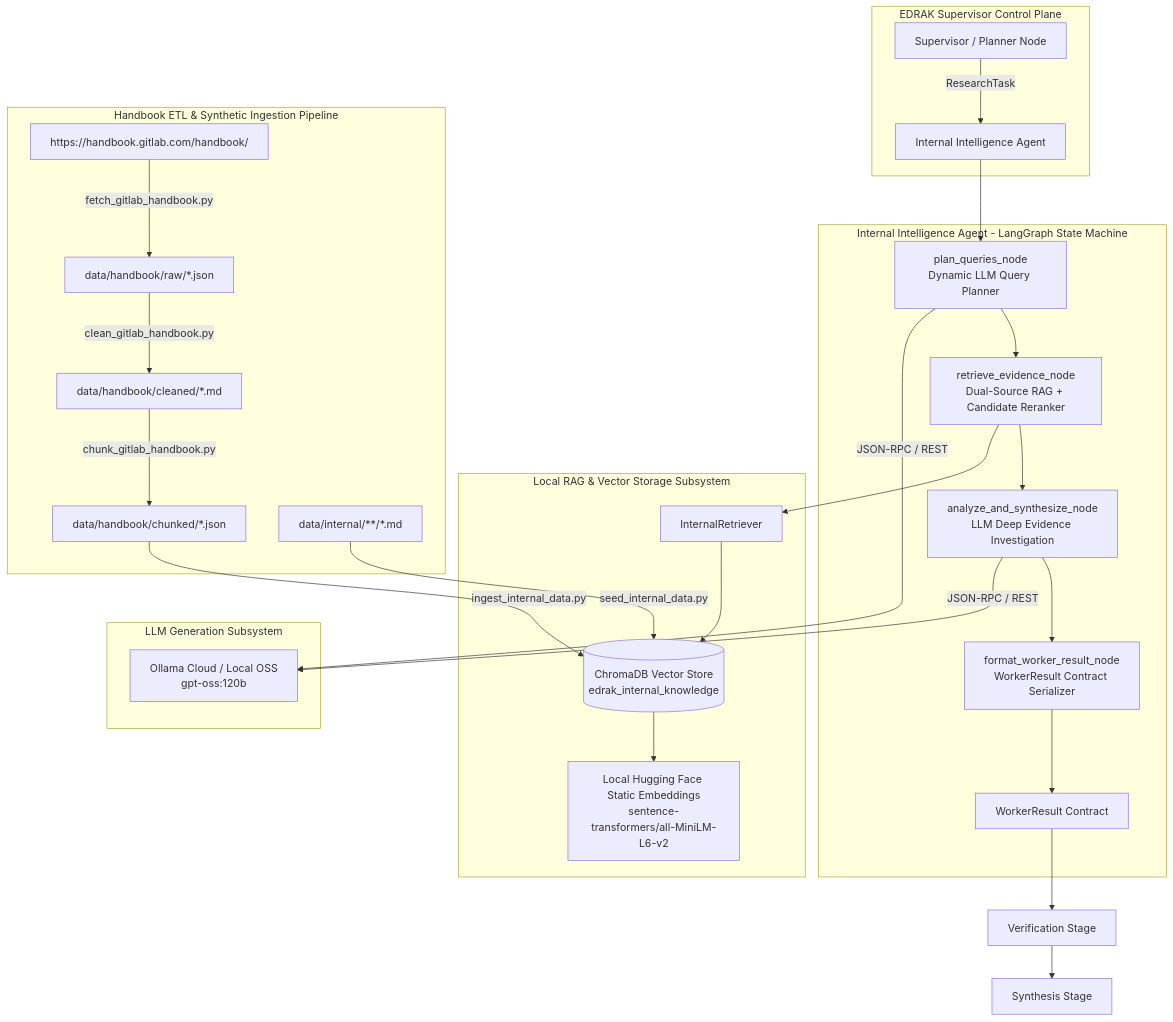
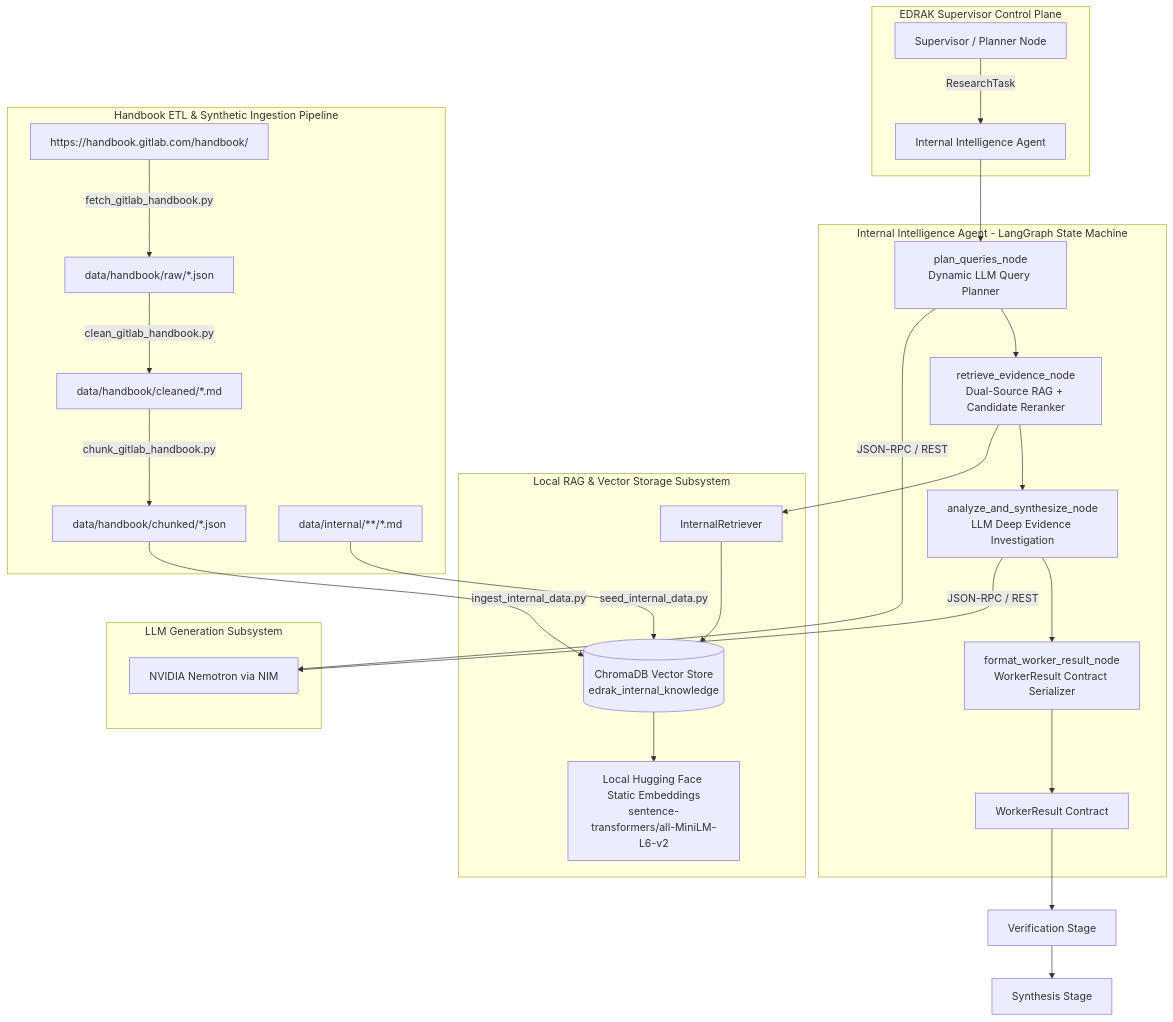
The diagram in documents/INTERNAL_FEATURE.md (ali1soverseas/EDRAK), drawn with Mermaid before and after one commit. The commit also changed other lines of this file and 73 other files, not shown here.

Commit message:
feat: update GraphRAG evaluation pipeline

````diff
--- a/documents/INTERNAL_FEATURE.md
+++ b/documents/INTERNAL_FEATURE.md
@@ -24,37 +24,37 @@
 ```mermaid
 flowchart TD
     subgraph SupervisorPlane [EDRAK Supervisor Control Plane]
         Supervisor[Supervisor / Planner Node]
         Supervisor -->|ResearchTask| InternalAgent[Internal Intelligence Agent]
     end
 
     subgraph InternalAgentPlane [Internal Intelligence Agent - LangGraph State Machine]
         InternalAgent --> Node1[plan_queries_node\nDynamic LLM Query Planner]
         Node1 --> Node2[retrieve_evidence_node\nDual-Source RAG + Candidate Reranker]
         Node2 --> Node3[analyze_and_synthesize_node\nLLM Deep Evidence Investigation]
         Node3 --> Node4[format_worker_result_node\nWorkerResult Contract Serializer]
         Node4 --> WorkerResult[WorkerResult Contract]
     end
 
     subgraph RAGPlane [Local RAG & Vector Storage Subsystem]
         Node2 --> Retriever[InternalRetriever]
         Retriever --> ChromaDB[(ChromaDB Vector Store\nedrak_internal_knowledge)]
         ChromaDB --> Embeddings[Local Hugging Face Static Embeddings\nsentence-transformers/all-MiniLM-L6-v2]
     end
 
     subgraph LLMPlane [LLM Generation Subsystem]
-        Node1 -->|JSON-RPC / REST| OllamaCloud[Ollama Cloud / Local OSS\ngpt-oss:120b]
-        Node3 -->|JSON-RPC / REST| OllamaCloud
+        Node1 -->|JSON-RPC / REST| NVIDIA[NVIDIA Nemotron via NIM]
+        Node3 -->|JSON-RPC / REST| NVIDIA
     end
 
     subgraph ETLPlane [Handbook ETL & Synthetic Ingestion Pipeline]
         WebHandbook[https://handbook.gitlab.com/handbook/] -->|fetch_gitlab_handbook.py| RawData[data/handbook/raw/*.json]
         RawData -->|clean_gitlab_handbook.py| CleanData[data/handbook/cleaned/*.md]
         CleanData -->|chunk_gitlab_handbook.py| ChunkData[data/handbook/chunked/*.json]
         ChunkData -->|ingest_internal_data.py| ChromaDB
         InternalDocs[data/internal/**/*.md] -->|seed_internal_data.py| ChromaDB
     end
 
     WorkerResult --> Verification[Verification Stage]
     Verification --> Synthesis[Synthesis Stage]
 ```
````
